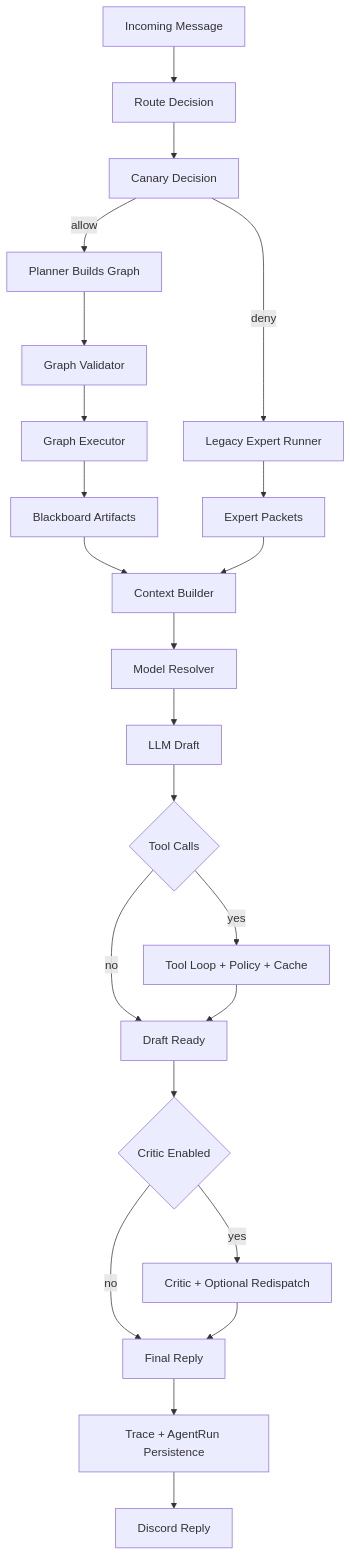
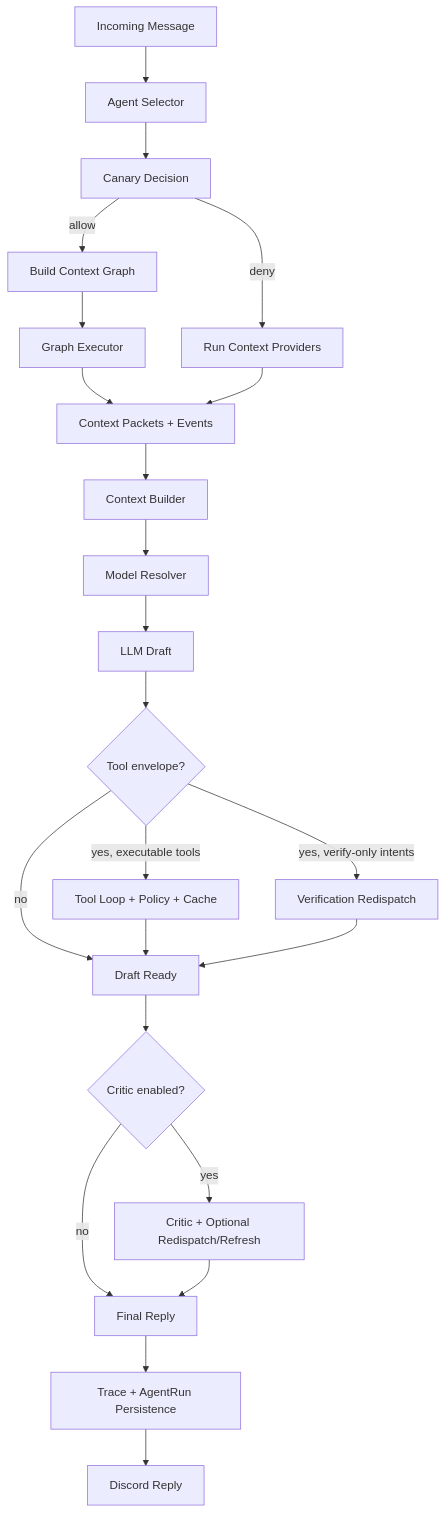
One commit to BokX1/Sage changed the first of 2 diagrams in docs/AGENTIC_ARCHITECTURE.md. Above: the diagram before and after it, drawn with Mermaid. The commit also changed other lines of this file and 66 other files, not shown here.

````diff
--- a/docs/AGENTIC_ARCHITECTURE.md
+++ b/docs/AGENTIC_ARCHITECTURE.md
@@ -78,31 +80,31 @@
 ```mermaid
 flowchart TD
-    A[Incoming Message] --> B[Route Decision]
+    A[Incoming Message] --> B[Agent Selector]
     B --> C[Canary Decision]
 
-    C -->|allow| D[Planner Builds Graph]
-    C -->|deny| E[Legacy Expert Runner]
+    C -->|allow| D[Build Context Graph]
+    C -->|deny| E[Run Context Providers]
 
-    D --> F[Graph Validator]
-    F --> G[Graph Executor]
-    G --> H[Blackboard Artifacts]
+    D --> F[Graph Executor]
+    F --> G[Context Packets + Events]
+    E --> G
 
-    E --> I[Expert Packets]
-    H --> J[Context Builder]
-    I --> J
+    G --> H[Context Builder]
+    H --> I[Model Resolver]
+    I --> J[LLM Draft]
 
-    J --> K[Model Resolver]
-    K --> L[LLM Draft]
-    L --> M{Tool Calls}
-    M -->|yes| N[Tool Loop + Policy + Cache]
-    M -->|no| O[Draft Ready]
-    N --> O
+    J --> K{Tool envelope?}
+    K -->|yes, executable tools| L[Tool Loop + Policy + Cache]
+    K -->|yes, verify-only intents| M[Verification Redispatch]
+    K -->|no| N[Draft Ready]
+    L --> N
+    M --> N
 
-    O --> P{Critic Enabled}
-    P -->|yes| Q[Critic + Optional Redispatch]
-    P -->|no| R[Final Reply]
-    Q --> R
+    N --> O{Critic enabled?}
+    O -->|yes| P[Critic + Optional Redispatch/Refresh]
+    O -->|no| Q[Final Reply]
+    P --> Q
 
-    R --> S[Trace + AgentRun Persistence]
-    S --> T[Discord Reply]
+    Q --> R[Trace + AgentRun Persistence]
+    R --> S[Discord Reply]
 ```
````
